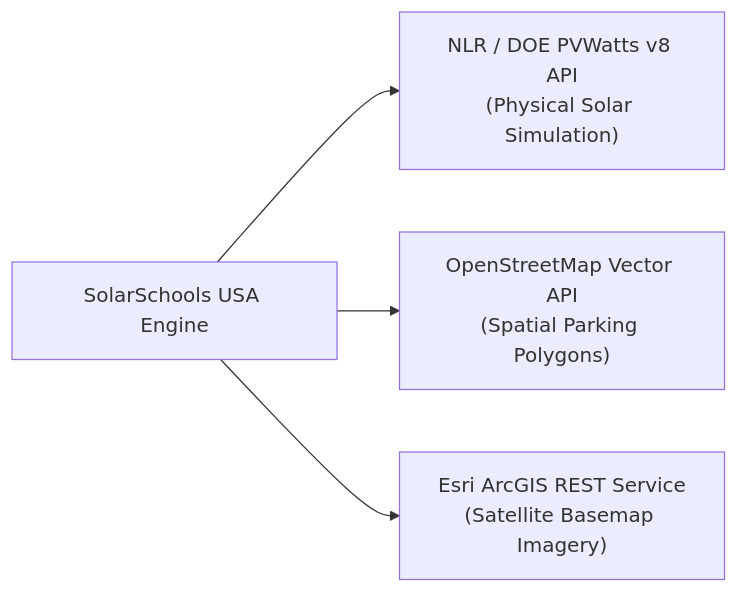
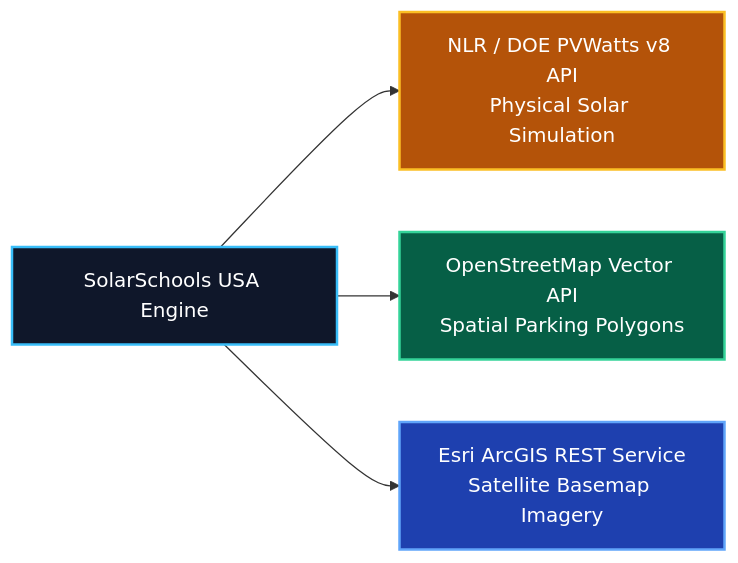
Before and after one commit to pranav-balaji/svyca2026: the second of 3 diagrams in DetailedDesignDocument.md, drawn with Mermaid. The commit also changed other lines of this file and 5 other files, not shown here.

Commit message:
Add colorful styles to Mermaid diagrams and generate DetailedDesignDocument.docx

````diff
--- a/DetailedDesignDocument.md
+++ b/DetailedDesignDocument.md
@@ -84,6 +98,11 @@
 ```mermaid
 flowchart LR
-    Engine["SolarSchools USA Engine"] --> API1["NLR / DOE PVWatts v8 API<br/>(Physical Solar Simulation)"]
-    Engine --> API2["OpenStreetMap Vector API<br/>(Spatial Parking Polygons)"]
-    Engine --> API3["Esri ArcGIS REST Service<br/>(Satellite Basemap Imagery)"]
+    classDef coreApp fill:#0f172a,stroke:#38bdf8,stroke-width:2px,color:#ffffff;
+    classDef nlrStyle fill:#b45309,stroke:#fbbf24,stroke-width:2px,color:#ffffff;
+    classDef osmStyle fill:#065f46,stroke:#34d399,stroke-width:2px,color:#ffffff;
+    classDef esriStyle fill:#1e40af,stroke:#60a5fa,stroke-width:2px,color:#ffffff;
+
+    Engine["SolarSchools USA Engine"]:::coreApp --> API1["NLR / DOE PVWatts v8 API<br/>Physical Solar Simulation"]:::nlrStyle
+    Engine --> API2["OpenStreetMap Vector API<br/>Spatial Parking Polygons"]:::osmStyle
+    Engine --> API3["Esri ArcGIS REST Service<br/>Satellite Basemap Imagery"]:::esriStyle
 ```
````
